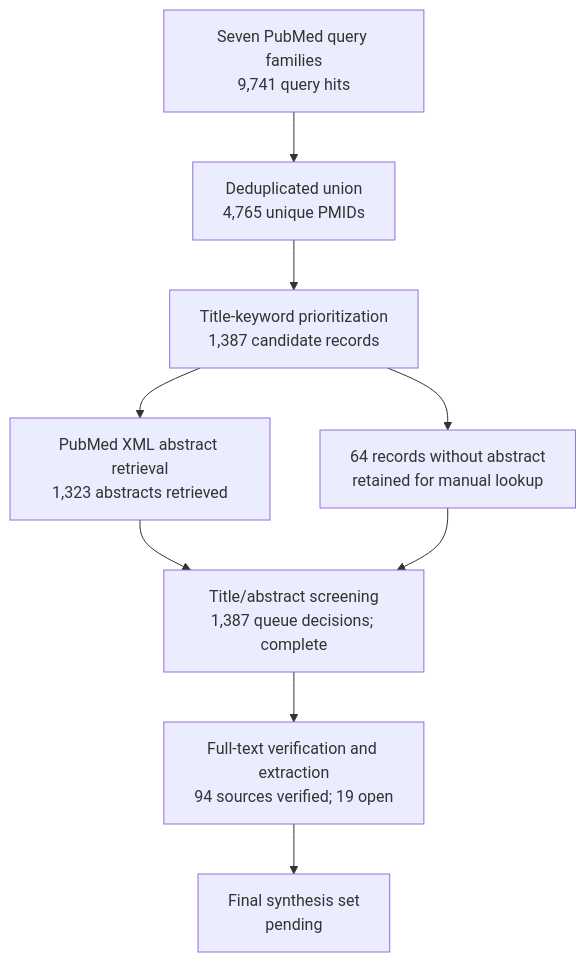
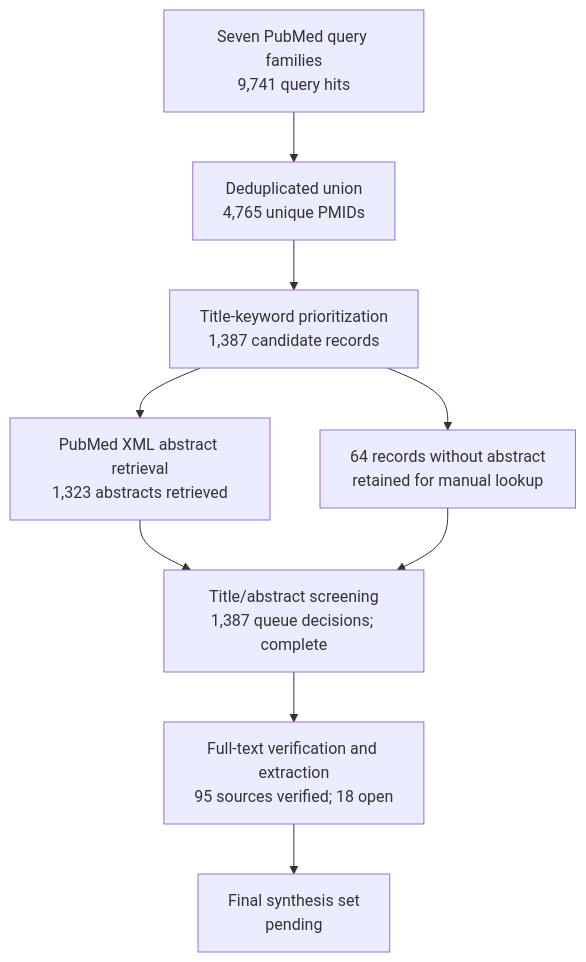
The diagram in manuscript/review-flow.md (dcmcshan/artemisia), drawn with Mermaid before and after one commit. The commit also changed other lines of this file and 16 other files, not shown here.

````diff
--- a/manuscript/review-flow.md
+++ b/manuscript/review-flow.md
@@ -5,11 +5,11 @@
 ```mermaid
 flowchart TB
   Q[Seven PubMed query families<br/>9,741 query hits] --> U[Deduplicated union<br/>4,765 unique PMIDs]
   U --> T[Title-keyword prioritization<br/>1,387 candidate records]
   T --> A[PubMed XML abstract retrieval<br/>1,323 abstracts retrieved]
   T --> N[64 records without abstract<br/>retained for manual lookup]
   A --> M[Title/abstract screening<br/>1,387 queue decisions; complete]
   N --> M
-  M --> F[Full-text verification and extraction<br/>94 sources verified; 19 open]
+  M --> F[Full-text verification and extraction<br/>95 sources verified; 18 open]
   F --> S[Final synthesis set<br/>pending]
 ```
````
